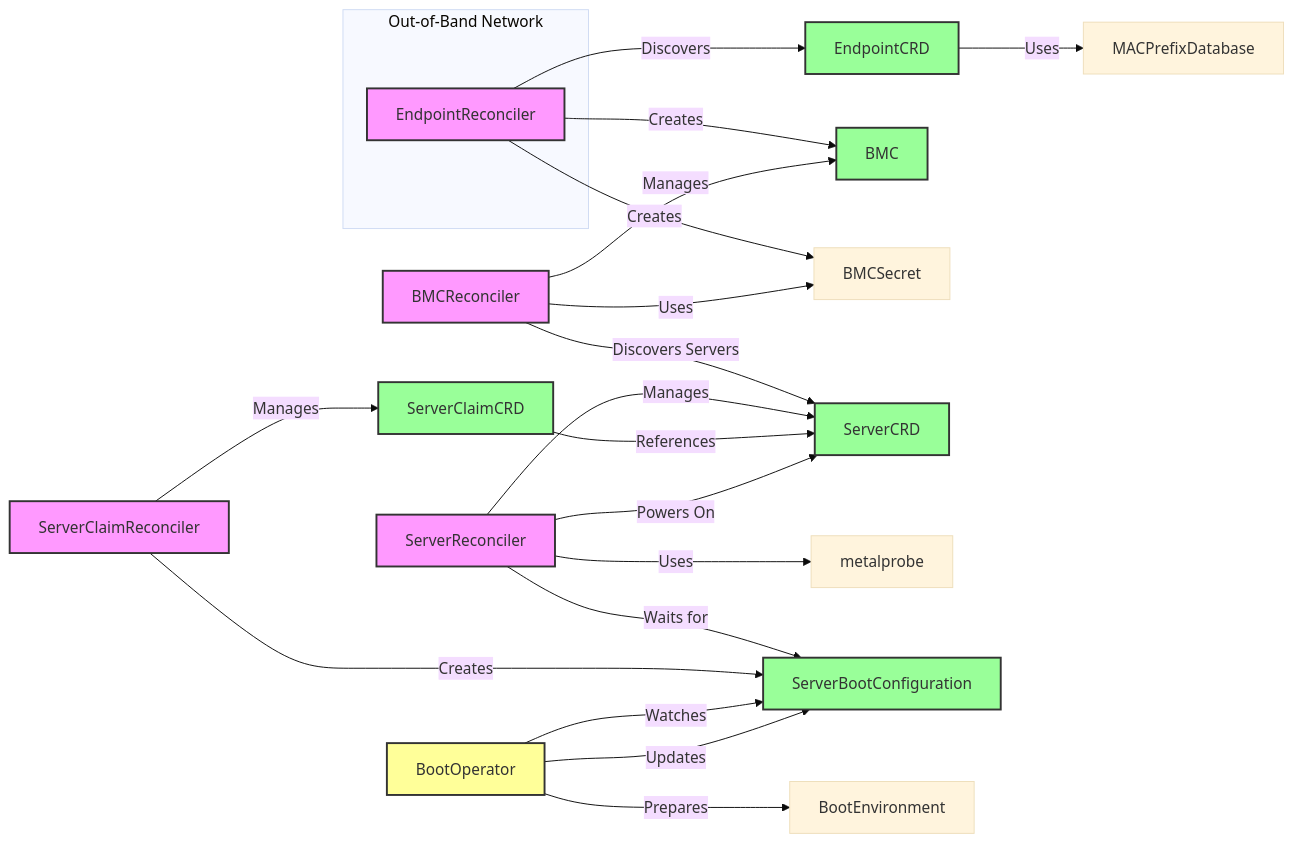
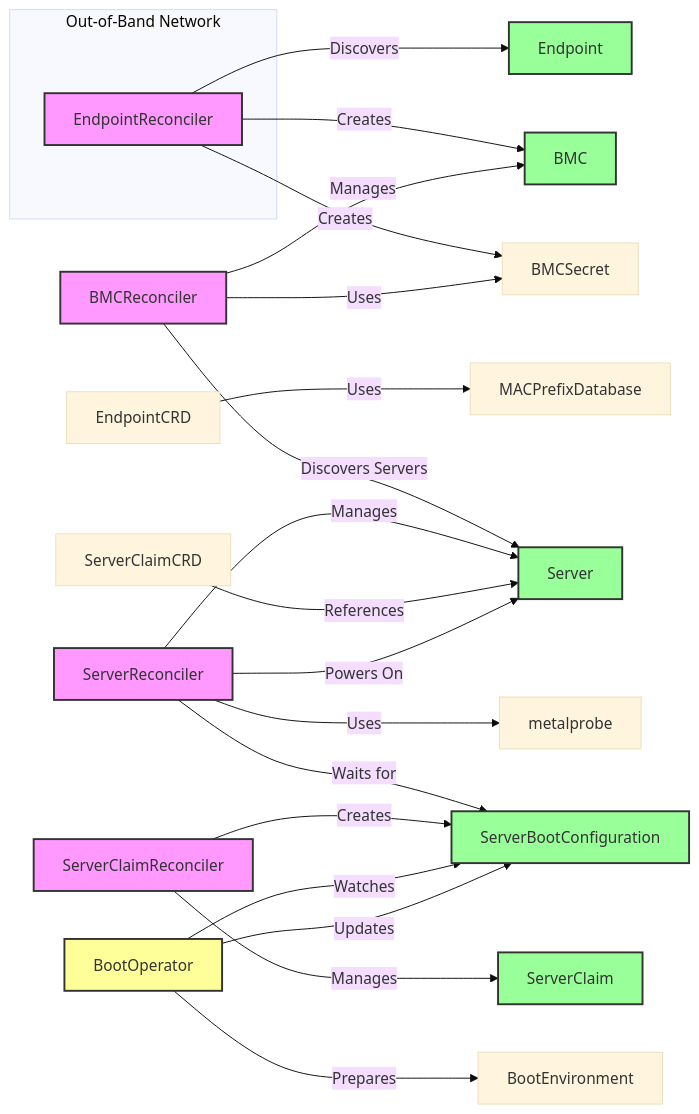
One commit to ironcore-dev/metal-operator changed the diagram in docs/architecture.md. Above: the diagram before and after it, drawn with Mermaid (base theme). The commit also changed 13 other files, not shown here.

````diff
--- a/docs/architecture.md
+++ b/docs/architecture.md
@@ -7,35 +7,35 @@
 ```mermaid
 flowchart LR
     subgraph Out-of-Band Network
         EndpointReconciler
     end
-    EndpointReconciler -- Discovers --> EndpointCRD
+    EndpointReconciler -- Discovers --> Endpoint
     EndpointCRD -- Uses --> MACPrefixDatabase
     EndpointReconciler -- Creates --> BMC & BMCSecret
 
     BMCReconciler -- Manages --> BMC
     BMCReconciler -- Uses --> BMCSecret
-    BMCReconciler -- Discovers Servers --> ServerCRD
+    BMCReconciler -- Discovers Servers --> Server
 
-    ServerReconciler -- Manages --> ServerCRD
+    ServerReconciler -- Manages --> Server
     ServerReconciler -- Uses --> metalprobe
     ServerReconciler -- Waits for --> ServerBootConfiguration
 
-    ServerClaimReconciler -- Manages --> ServerClaimCRD
-    ServerClaimCRD -- References --> ServerCRD
+    ServerClaimReconciler -- Manages --> ServerClaim
+    ServerClaimCRD -- References --> Server
     ServerClaimReconciler -- Creates --> ServerBootConfiguration
 
     BootOperator -- Watches --> ServerBootConfiguration
     BootOperator -- Prepares --> BootEnvironment
     BootOperator -- Updates --> ServerBootConfiguration
 
-    ServerReconciler -- Powers On --> ServerCRD
+    ServerReconciler -- Powers On --> Server
 
     classDef operator fill:#f9f,stroke:#333,stroke-width:2px;
     classDef crd fill:#9f9,stroke:#333,stroke-width:2px;
     classDef external fill:#ff9,stroke:#333,stroke-width:2px;
 
     class EndpointReconciler,BMCReconciler,ServerReconciler,ServerClaimReconciler operator;
-    class EndpointCRD,BMC,ServerCRD,ServerClaimCRD,ServerBootConfiguration crd;
+    class Endpoint,BMC,Server,ServerClaim,ServerBootConfiguration crd;
     class BootOperator external;
 ```
````
